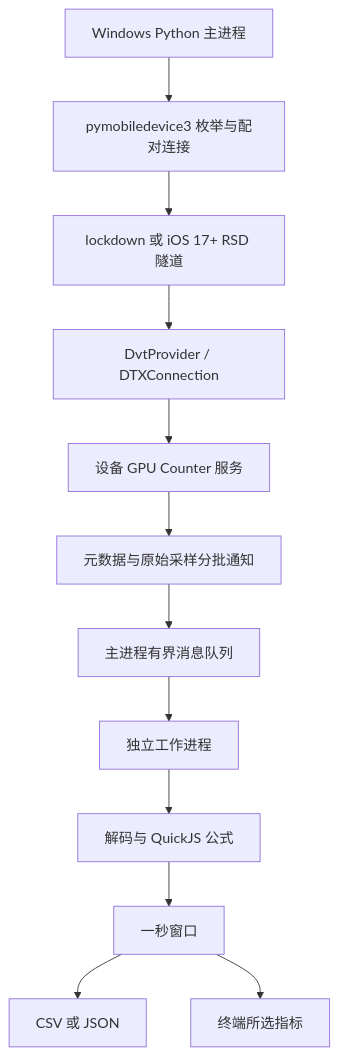
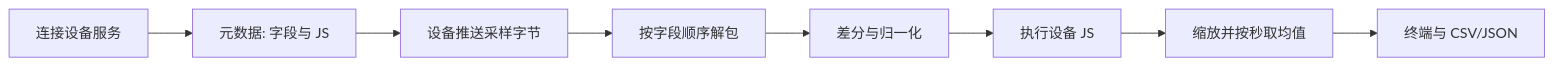
The first of 2 diagrams in docs/TECHNICAL_GUIDE.md (MeLoDytonghua/iOS_GPU_Counter), drawn with Mermaid before and after one commit. The commit also changed other lines of this file and 4 other files, not shown here.

Commit message:
refactor: clarify decoding flow and remove unreachable settings

````diff
--- a/docs/TECHNICAL_GUIDE.md
+++ b/docs/TECHNICAL_GUIDE.md
@@ -78,14 +13,10 @@
 ```mermaid
-flowchart TD
-    A[Windows Python 主进程] --> B[pymobiledevice3 枚举与配对连接]
-    B --> C[lockdown 或 iOS 17+ RSD 隧道]
-    C --> D[DvtProvider / DTXConnection]
-    D --> E[设备 GPU Counter 服务]
-    E --> F[元数据与原始采样分批通知]
-    F --> G[主进程有界消息队列]
-    G --> H[独立工作进程]
-    H --> I[解码与 QuickJS 公式]
-    I --> J[一秒窗口]
-    J --> K[CSV 或 JSON]
-    J --> L[终端所选指标]
+flowchart LR
+    A[连接设备服务] --> B[元数据: 字段与 JS]
+    B --> C[设备推送采样字节]
+    C --> D[按字段顺序解包]
+    D --> E[差分与归一化]
+    E --> F[执行设备 JS]
+    F --> G[缩放并按秒取均值]
+    G --> H[终端与 CSV/JSON]
 ```
````
